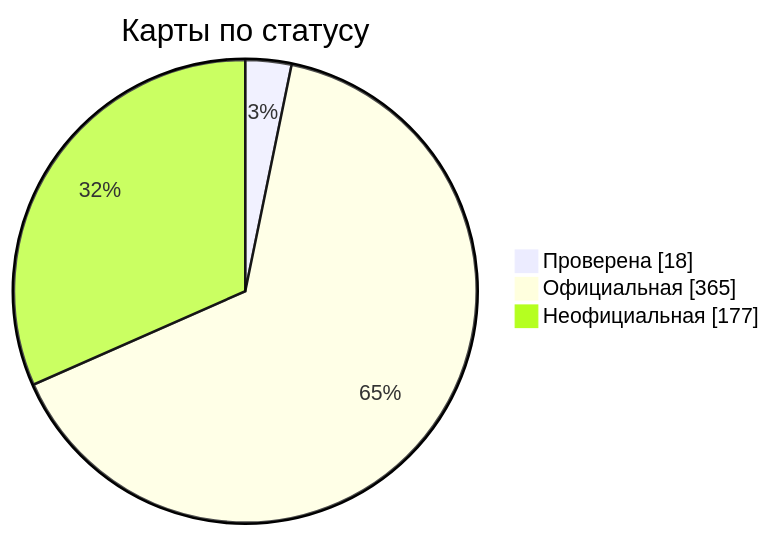
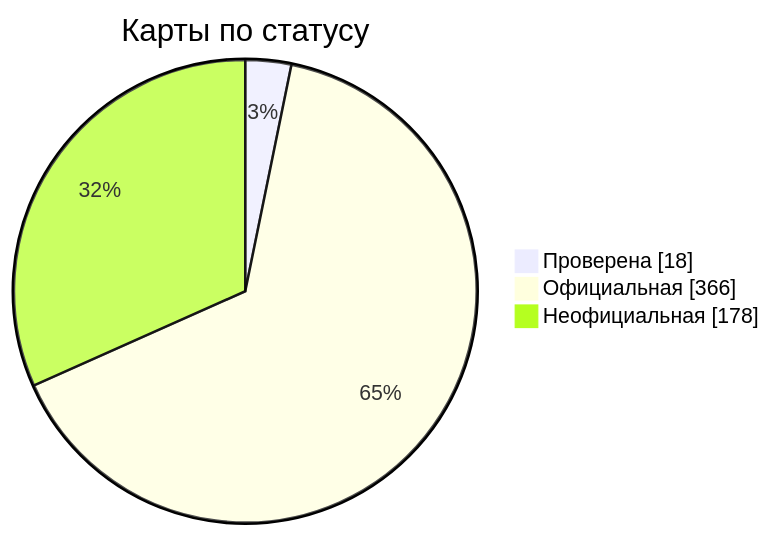
One commit to nobrega8/mbmap-library changed the diagram in docs/readme/README_RU.md. Above: the diagram before and after it, drawn with Mermaid. The commit also changed 7 other files, not shown here.

````diff
--- a/docs/readme/README_RU.md
+++ b/docs/readme/README_RU.md
@@ -54,7 +54,7 @@
 ```mermaid
 pie showData
     title Карты по статусу
     "Проверена" : 18
-    "Официальная" : 365
-    "Неофициальная" : 177
+    "Официальная" : 366
+    "Неофициальная" : 178
 ```
````
